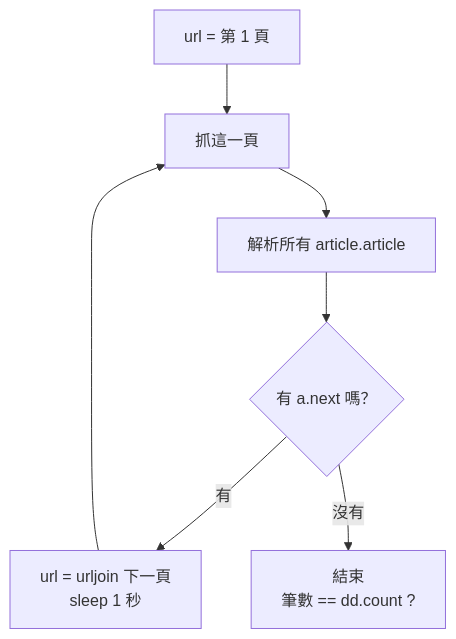
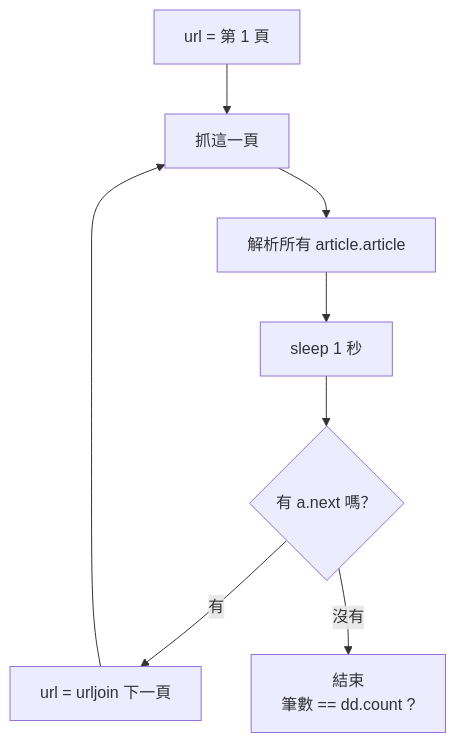
The first of 2 diagrams in docs/05.md (4-learn/python-web-crawler-demo), drawn with Mermaid before and after one commit. The commit also changed other lines of this file and 2 other files, not shown here.

````diff
--- a/docs/05.md
+++ b/docs/05.md
@@ -101,8 +101,9 @@
 ```mermaid
 graph TD
     A[url = 第 1 頁] --> B[抓這一頁]
     B --> C[解析所有 article.article]
-    C --> D{有 a.next 嗎？}
-    D -->|有| E[url = urljoin 下一頁<br/>sleep 1 秒] --> B
+    C --> S[sleep 1 秒]
+    S --> D{有 a.next 嗎？}
+    D -->|有| E[url = urljoin 下一頁] --> B
     D -->|沒有| F[結束<br/>筆數 == dd.count ?]
 ```
````
